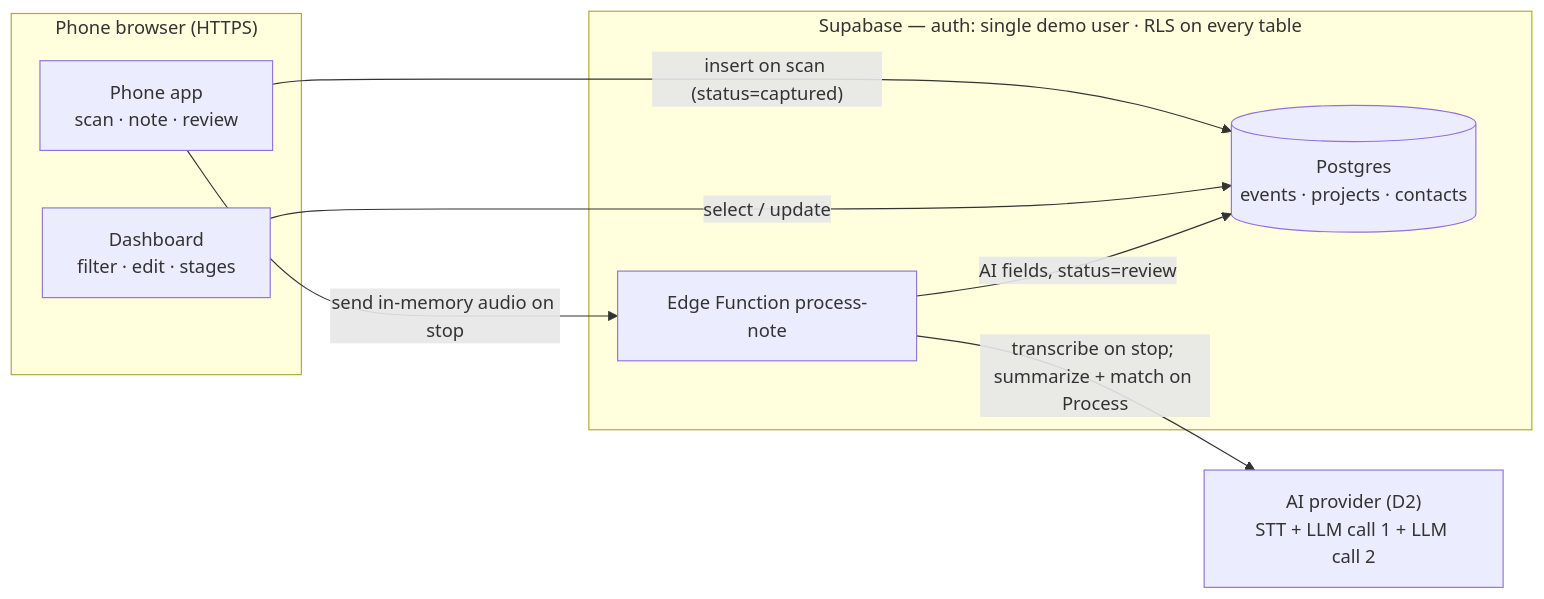
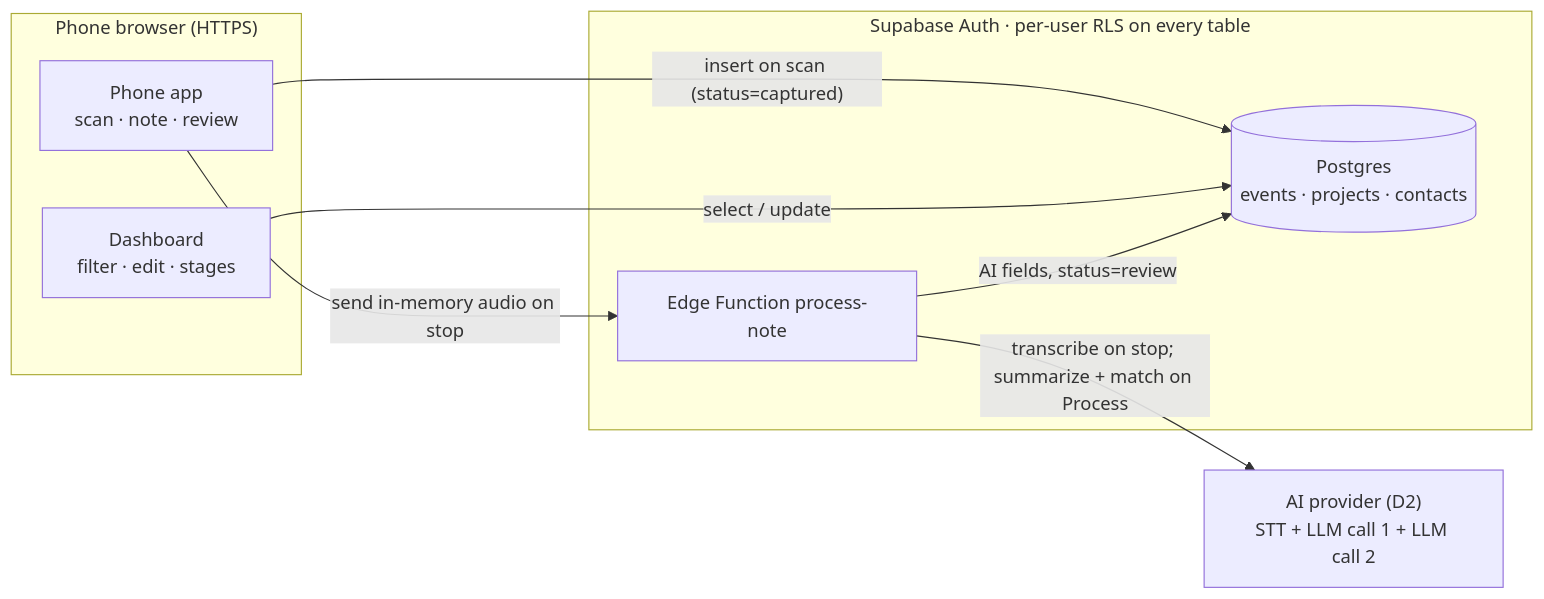
One commit to NodrrS/bcbt_hackathon changed the second of 3 diagrams in docs/ARCHITECTURE.md. Above: the diagram before and after it, drawn with Mermaid. The commit also changed other lines of this file and 15 other files, not shown here.

First line of the commit message:
feat: implement user authentication with Supabase, including email and Google sign-in

````diff
--- a/docs/ARCHITECTURE.md
+++ b/docs/ARCHITECTURE.md
@@ -33,17 +33,17 @@
 ```mermaid
 flowchart LR
   subgraph browser["Phone browser (HTTPS)"]
     app["Phone app<br/>scan · note · review"]
     dash["Dashboard<br/>filter · edit · stages"]
   end
-  subgraph supa["Supabase — auth: single demo user · RLS on every table"]
+  subgraph supa["Supabase Auth · per-user RLS on every table"]
     pg[("Postgres<br/>events · projects · contacts")]
     fn["Edge Function process-note"]
   end
   ai["AI provider (D2)<br/>STT + LLM call 1 + LLM call 2"]
   app -- "insert on scan (status=captured)" --> pg
   app -- "send in-memory audio on stop" --> fn
   dash -- "select / update" --> pg
   fn -- "transcribe on stop; summarize + match on Process" --> ai
   fn -- "AI fields, status=review" --> pg
 ```
````
